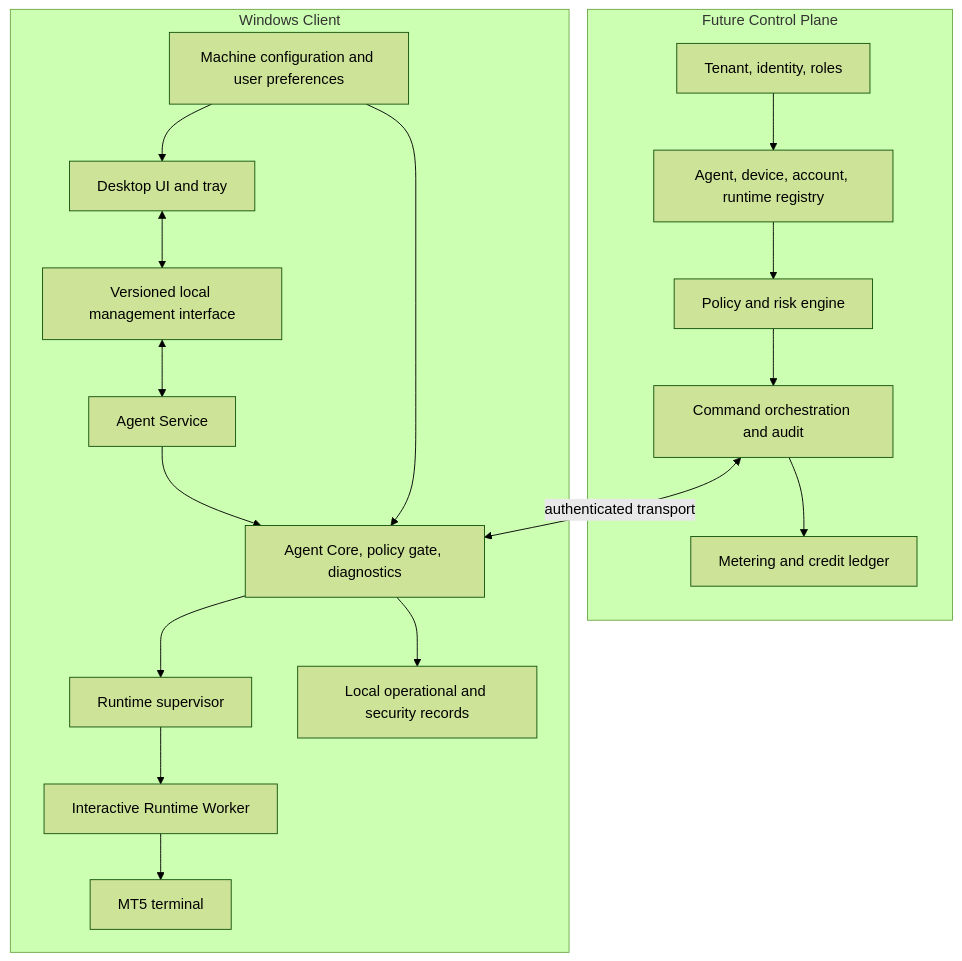
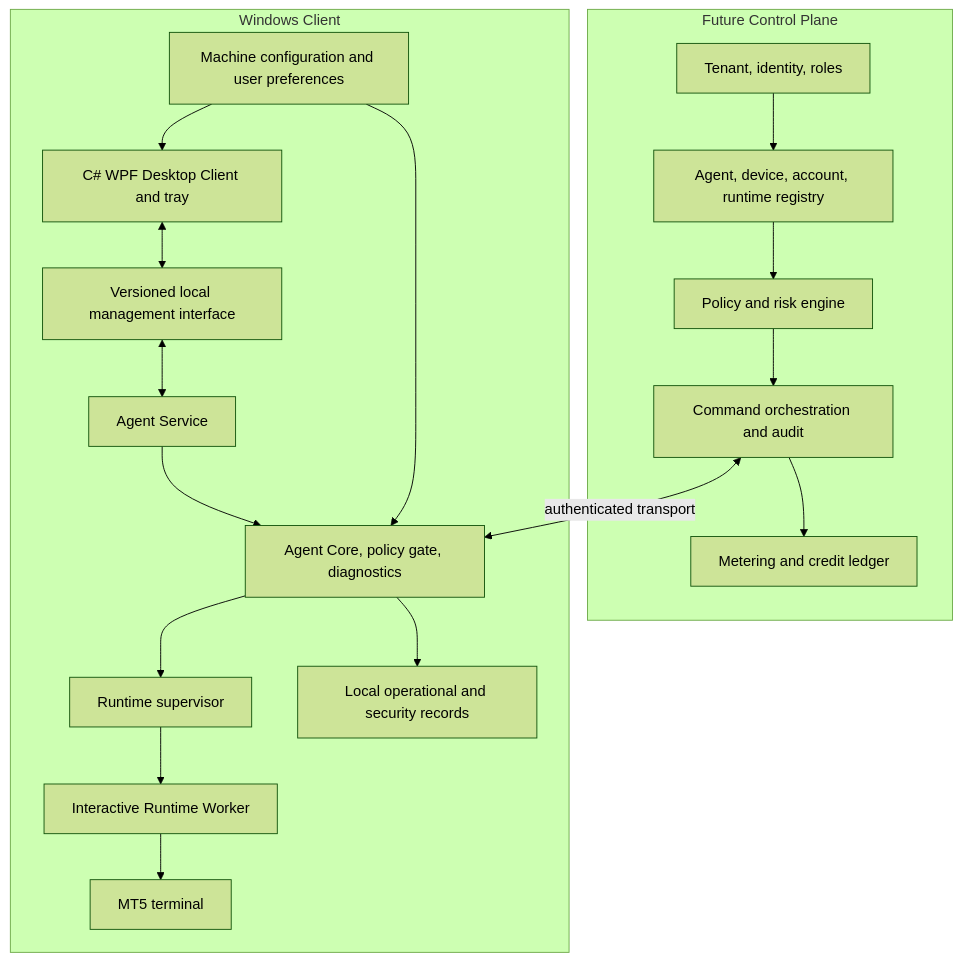
One commit to AmirrezaSobhi/agent changed the second of 3 diagrams in docs/architecture/BLUEPRINT.md. Above: the diagram before and after it, drawn with Mermaid (forest theme). The commit also changed other lines of this file and 35 other files, not shown here.

Commit message:
docs: finalize v0.1.4 WPF architecture

````diff
--- a/docs/architecture/BLUEPRINT.md
+++ b/docs/architecture/BLUEPRINT.md
@@ -51,29 +58,29 @@
 ```mermaid
 flowchart TB
   subgraph Central[Future Control Plane]
     IAM[Tenant, identity, roles]
     Registry[Agent, device, account, runtime registry]
     Policy[Policy and risk engine]
     Orchestrator[Command orchestration and audit]
     Billing[Metering and credit ledger]
     IAM --> Registry --> Policy --> Orchestrator
     Orchestrator --> Billing
   end
   subgraph Windows[Windows Client]
-    UI[Desktop UI and tray]
+  UI[C# WPF Desktop Client and tray]
     LocalAPI[Versioned local management interface]
     Service[Agent Service]
     Core[Agent Core, policy gate, diagnostics]
     Supervisor[Runtime supervisor]
     Worker[Interactive Runtime Worker]
     Terminal[MT5 terminal]
     Config[Machine configuration and user preferences]
     Audit[Local operational and security records]
     UI <--> LocalAPI <--> Service
     Service --> Core --> Supervisor --> Worker --> Terminal
     Config --> UI
     Config --> Core
     Core --> Audit
   end
   Orchestrator <-->|authenticated transport| Core
 ```
````
